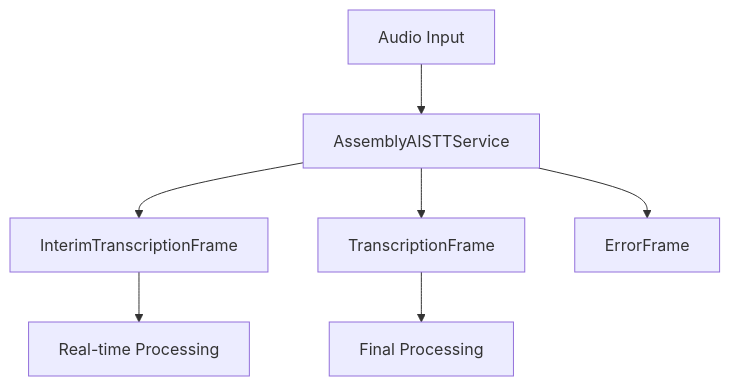
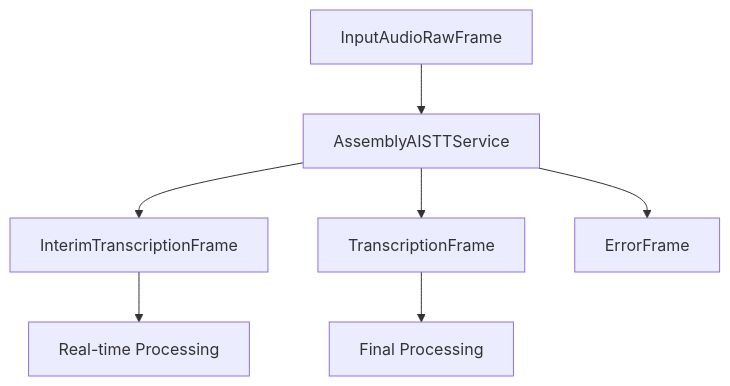
Before and after one commit to pipecat-ai/docs: the diagram in api-reference/services/stt/assemblyai.mdx, drawn with Mermaid. The commit also changed 25 other files, not shown here.

Commit message:
Clean up Frame Flow diagrams

````diff
--- a/api-reference/services/stt/assemblyai.mdx
+++ b/api-reference/services/stt/assemblyai.mdx
@@ -120,9 +120,9 @@
 ```mermaid
 graph TD
-    A[Audio Input] --> B[AssemblyAISTTService]
+    A[InputAudioRawFrame] --> B[AssemblyAISTTService]
     B --> C[InterimTranscriptionFrame]
     B --> D[TranscriptionFrame]
     B --> E[ErrorFrame]
     C --> F[Real-time Processing]
     D --> G[Final Processing]
 ```
````
